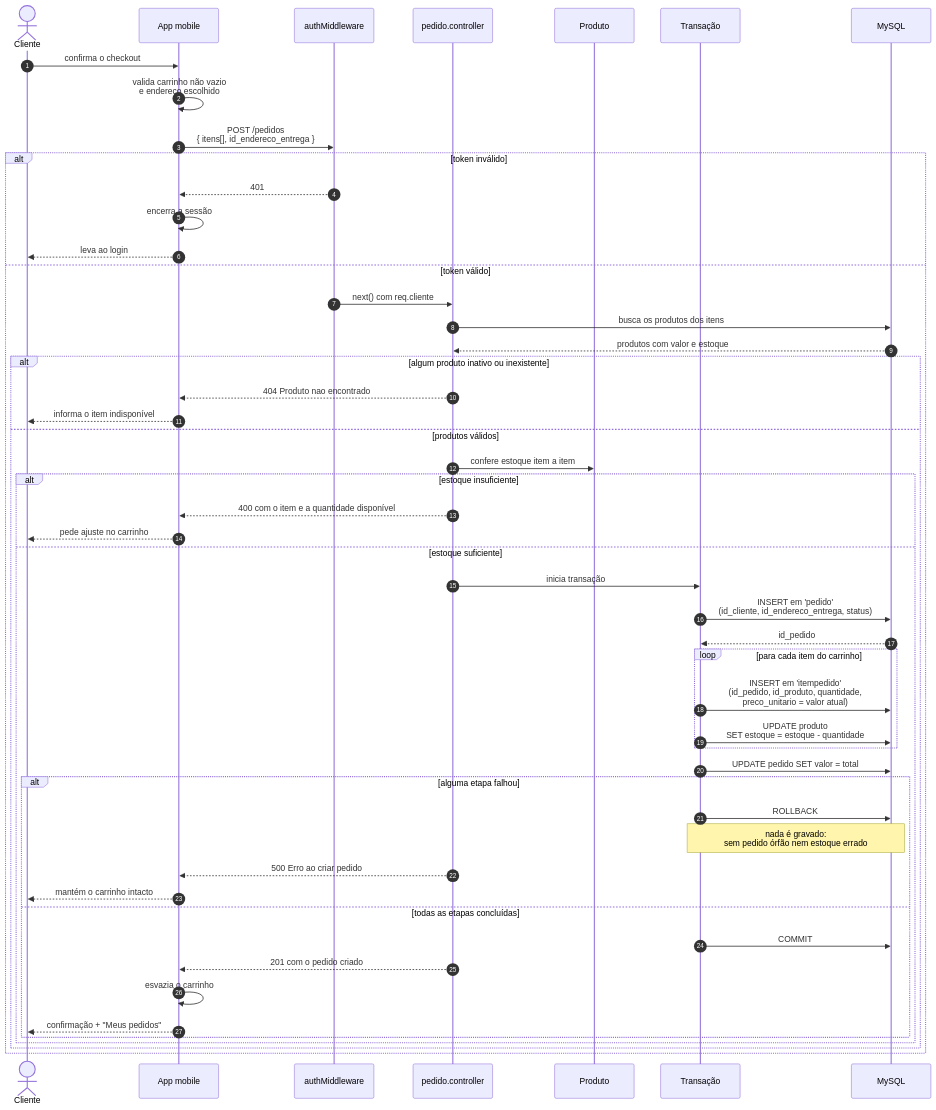
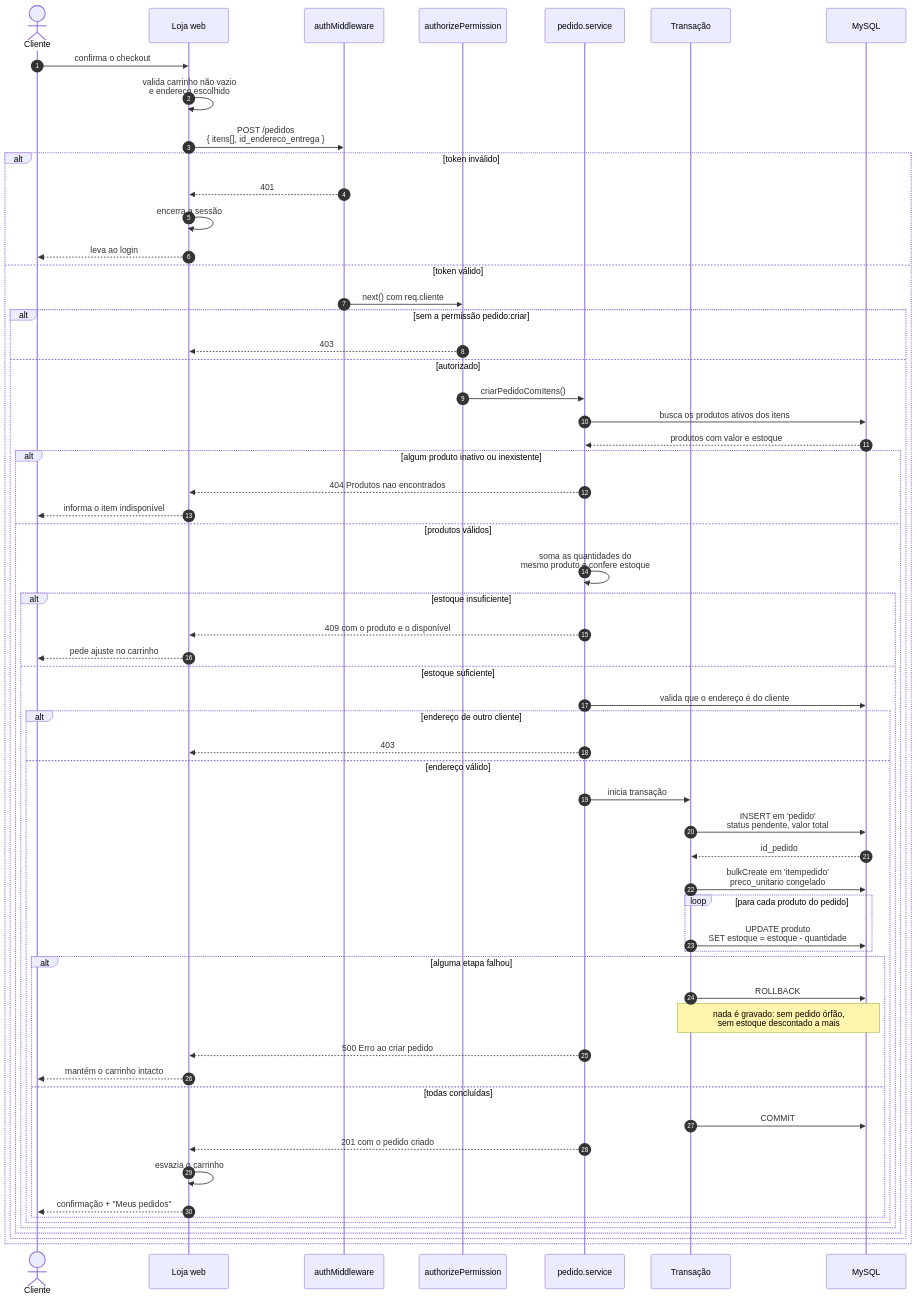
Before and after one commit to JoaoVitorMcz/pcforge-mobile: the third of 4 diagrams in docs/diagramas-sequencia.md, drawn with Mermaid. The commit also changed other lines of this file and 8 other files, not shown here.

````diff
--- a/docs/diagramas-sequencia.md
+++ b/docs/diagramas-sequencia.md
@@ -100,62 +110,72 @@
 ```mermaid
 sequenceDiagram
     autonumber
     actor C as Cliente
-    participant App as App mobile
+    participant Web as Loja web
     participant Auth as authMiddleware
-    participant Ctrl as pedido.controller
-    participant Prod as Produto
+    participant Perm as authorizePermission
+    participant Svc as pedido.service
     participant TX as Transação
     participant DB as MySQL
 
-    C->>App: confirma o checkout
-    App->>App: valida carrinho não vazio<br/>e endereço escolhido
-    App->>Auth: POST /pedidos<br/>{ itens[], id_endereco_entrega }
+    C->>Web: confirma o checkout
+    Web->>Web: valida carrinho não vazio<br/>e endereço escolhido
+    Web->>Auth: POST /pedidos<br/>{ itens[], id_endereco_entrega }
 
     alt token inválido
-        Auth-->>App: 401
-        App->>App: encerra a sessão
-        App-->>C: leva ao login
+        Auth-->>Web: 401
+        Web->>Web: encerra a sessão
+        Web-->>C: leva ao login
     else token válido
-        Auth->>Ctrl: next() com req.cliente
+        Auth->>Perm: next() com req.cliente
 
-        Ctrl->>DB: busca os produtos dos itens
-        DB-->>Ctrl: produtos com valor e estoque
+        alt sem a permissão pedido:criar
+            Perm-->>Web: 403
+        else autorizado
+            Perm->>Svc: criarPedidoComItens()
 
-        alt algum produto inativo ou inexistente
-            Ctrl-->>App: 404 Produto nao encontrado
-            App-->>C: informa o item indisponível
-        else produtos válidos
-            Ctrl->>Prod: confere estoque item a item
+            Svc->>DB: busca os produtos ativos dos itens
+            DB-->>Svc: produtos com valor e estoque
 
-            alt estoque insuficiente
-                Ctrl-->>App: 400 com o item e a quantidade disponível
-                App-->>C: pede ajuste no carrinho
-            else estoque suficiente
-                Ctrl->>TX: inicia transação
+            alt algum produto inativo ou inexistente
+                Svc-->>Web: 404 Produtos nao encontrados
+                Web-->>C: informa o item indisponível
+            else produtos válidos
+                Svc->>Svc: soma as quantidades do<br/>mesmo produto e confere estoque
 
-                TX->>DB: INSERT em 'pedido'<br/>(id_cliente, id_endereco_entrega, status)
-                DB-->>TX: id_pedido
+                alt estoque insuficiente
+                    Svc-->>Web: 409 com o produto e o disponível
+                    Web-->>C: pede ajuste no carrinho
+                else estoque suficiente
+                    Svc->>DB: valida que o endereço é do cliente
 
-                loop para cada item do carrinho
-                    TX->>DB: INSERT em 'itempedido'<br/>(id_pedido, id_produto, quantidade,<br/>preco_unitario = valor atual)
-                    TX->>DB: UPDATE produto<br/>SET estoque = estoque - quantidade
-                end
+                    alt endereço de outro cliente
+                        Svc-->>Web: 403
+                    else endereço válido
+                        Svc->>TX: inicia transação
 
-                TX->>DB: UPDATE pedido SET valor = total
+                        TX->>DB: INSERT em 'pedido'<br/>status pendente, valor total
+                        DB-->>TX: id_pedido
+                        TX->>DB: bulkCreate em 'itempedido'<br/>preco_unitario congelado
 
-                alt alguma etapa falhou
-                    TX->>DB: ROLLBACK
-                    Note over TX,DB: nada é gravado:<br/>sem pedido órfão nem estoque errado
-                    Ctrl-->>App: 500 Erro ao criar pedido
-                    App-->>C: mantém o carrinho intacto
-                else todas as etapas concluídas
-                    TX->>DB: COMMIT
-                    Ctrl-->>App: 201 com o pedido criado
-                    App->>App: esvazia o carrinho
-                    App-->>C: confirmação + "Meus pedidos"
+                        loop para cada produto do pedido
+                            TX->>DB: UPDATE produto<br/>SET estoque = estoque - quantidade
+                        end
+
+                        alt alguma etapa falhou
+                            TX->>DB: ROLLBACK
+                            Note over TX,DB: nada é gravado: sem pedido órfão,<br/>sem estoque descontado a mais
+                            Svc-->>Web: 500 Erro ao criar pedido
+                            Web-->>C: mantém o carrinho intacto
+                        else todas concluídas
+                            TX->>DB: COMMIT
+                            Svc-->>Web: 201 com o pedido criado
+                            Web->>Web: esvazia o carrinho
+                            Web-->>C: confirmação + "Meus pedidos"
+                        end
+                    end
                 end
             end
         end
     end
 ```
````
